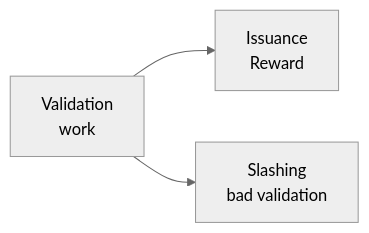
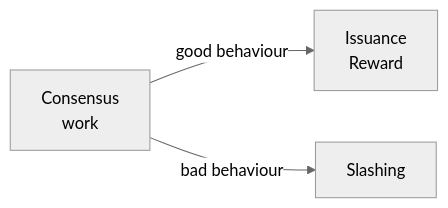
Before and after one commit to FDR0903/staking_talk: the first of 2 diagrams in slides.md, drawn with Mermaid (neutral theme). The commit also changed other lines of this file and 2 other files, not shown here.

````diff
--- a/slides.md
+++ b/slides.md
@@ -94,10 +88,10 @@
 ```mermaid
 flowchart LR
-  V["Validation<br/>work"]
+  V["Consensus<br/>work"]
+  
+  R["Issuance<br/>Reward"]
+  S["Slashing"]
 
-  R["Issuance<br/> Reward"]
-  S["Slashing<br/> bad validation"]
-
-  V --> R
-  V --> S
+  V -->|good behaviour| R
+  V -->|bad behaviour| S
 ```
````
